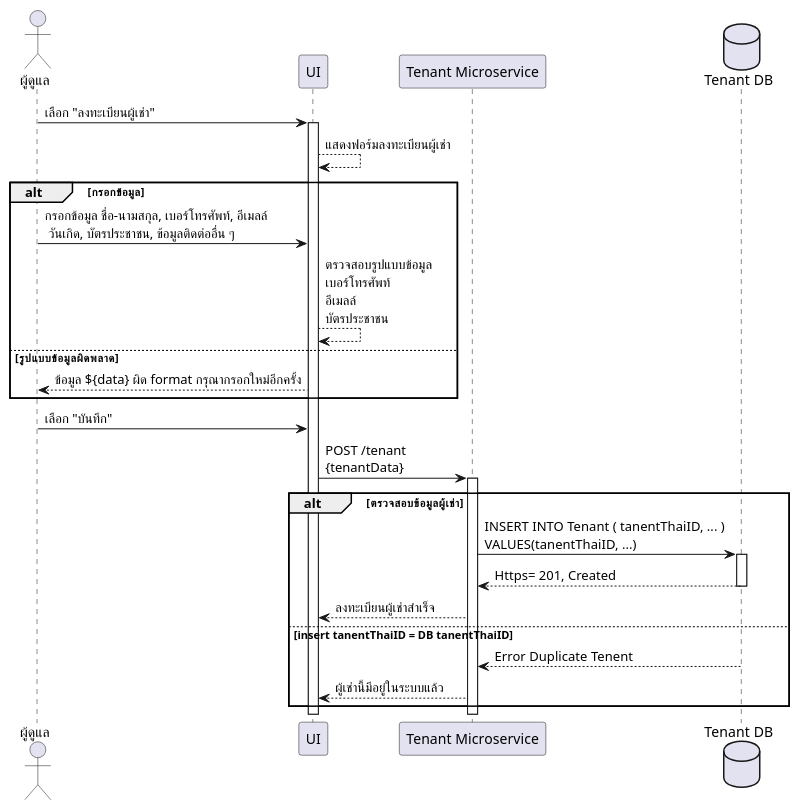
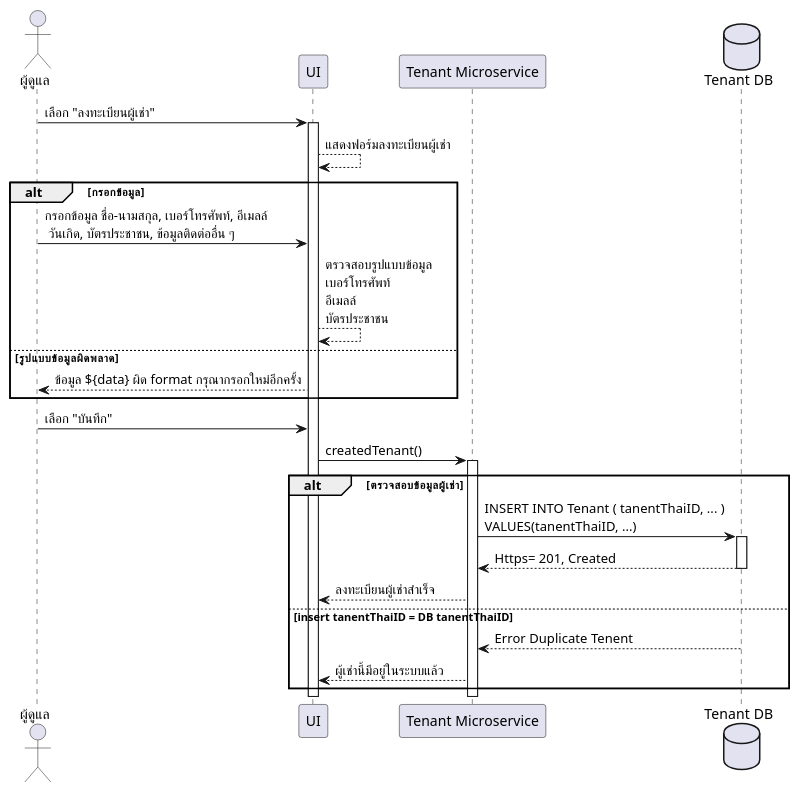
The diagram in usecase04_register_tenent.plantuml (warinyang/UML-monthly-room-rent), drawn with PlantUML before and after one commit.

```diff
--- a/usecase04_register_tenent.plantuml
+++ b/usecase04_register_tenent.plantuml
@@ -1,35 +1,35 @@
 @startuml
 skinparam defaultFontName "TH Sarabun New"
 
 actor "ผู้ดูแล" as Admin
 participant "UI" as UI
 participant "Tenant Microservice" as MS
 database "Tenant DB" as DB
 
 
 Admin -> UI: เลือก "ลงทะเบียนผู้เช่า"
 activate UI
 
 UI --> UI       : แสดงฟอร์มลงทะเบียนผู้เช่า
 alt กรอกข้อมูล
     Admin -> UI: กรอกข้อมูล ชื่อ-นามสกุล, เบอร์โทรศัพท์, อีเมลล์ \n วันเกิด, บัตรประชาชน, ข้อมูลติดต่ออื่น ๆ
     UI --> UI       : ตรวจสอบรูปแบบข้อมูล \nเบอร์โทรศัพท์ \nอีเมลล์ \nบัตรประชาชน
 else รูปแบบข้อมูลผิดพลาด
     UI --> Admin: ข้อมูล ${data} ผิด format กรุณากรอกใหม่อีกครั้ง
 end
 Admin -> UI: เลือก "บันทึก"
-UI -> MS: POST /tenant\n{tenantData}
+UI -> MS: createdTenant()
 
 alt ตรวจสอบข้อมูลผู้เช่า
     activate MS
     MS -> DB: INSERT INTO Tenant ( tanentThaiID, ... )\nVALUES(tanentThaiID, ...)
     activate DB
     DB --> MS: Https= 201, Created
     deactivate DB
 
     MS --> UI: ลงทะเบียนผู้เช่าสำเร็จ
 else insert tanentThaiID = DB tanentThaiID
     DB --> MS: Error Duplicate Tenent
     MS --> UI: ผู้เช่านี้มีอยู่ในระบบแล้ว
 end
 @enduml
```
